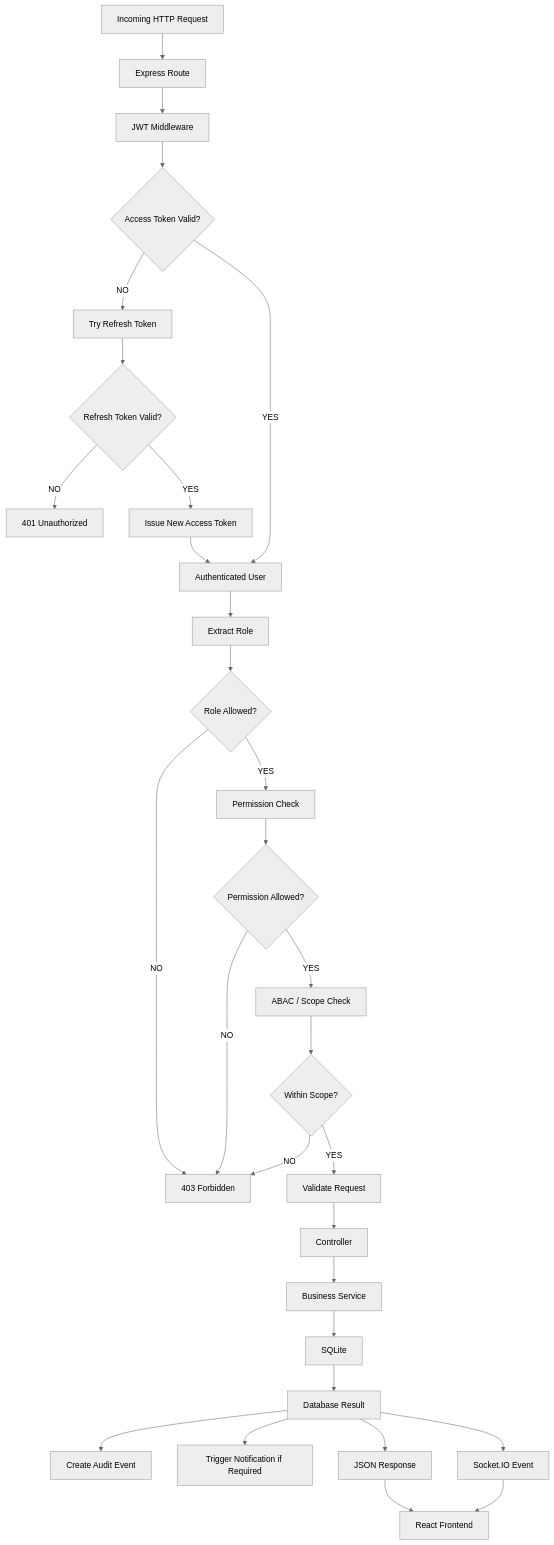
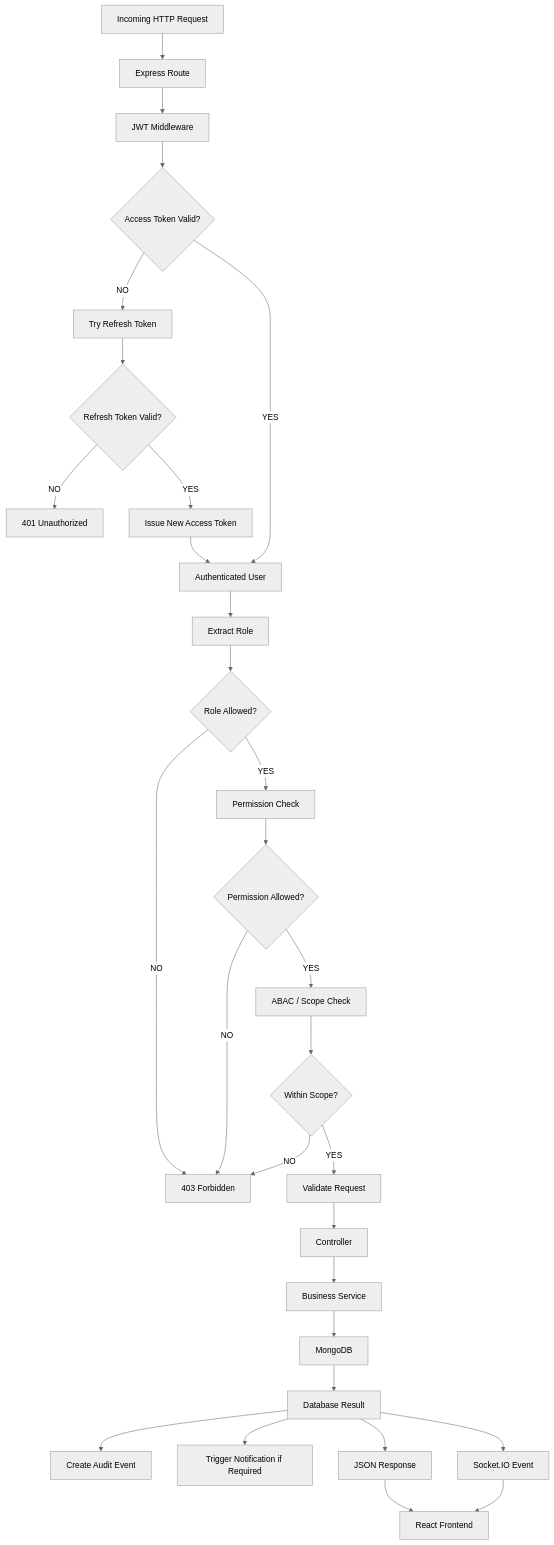
One commit to maheswari-pinneti/WFA-Rolebased-Architecture changed the diagram in docs/flowcharts/02-backend-api-flow.md. Above: the diagram before and after it, drawn with Mermaid (neutral theme). The commit also changed 18 other files, not shown here.

Commit message:
docs and architecture added

````diff
--- a/docs/flowcharts/02-backend-api-flow.md
+++ b/docs/flowcharts/02-backend-api-flow.md
@@ -5,42 +5,42 @@
 ```mermaid
 flowchart TD
     REQUEST["Incoming HTTP Request"] --> ROUTE["Express Route"]
     ROUTE --> JWT["JWT Middleware"]
     
     JWT --> TOKEN_VALID{"Access Token Valid?"}
     TOKEN_VALID -->|NO| REFRESH["Try Refresh Token"]
     REFRESH --> REFRESH_VALID{"Refresh Token Valid?"}
     REFRESH_VALID -->|NO| UNAUTHORIZED["401 Unauthorized"]
     REFRESH_VALID -->|YES| NEW_TOKEN["Issue New Access Token"]
     NEW_TOKEN --> AUTH_USER["Authenticated User"]
     
     TOKEN_VALID -->|YES| AUTH_USER
     
     AUTH_USER --> ROLE["Extract Role"]
     ROLE --> ROLE_CHECK{"Role Allowed?"}
     
     ROLE_CHECK -->|NO| FORBIDDEN["403 Forbidden"]
     ROLE_CHECK -->|YES| PERMISSION["Permission Check"]
     
     PERMISSION --> PERMISSION_CHECK{"Permission Allowed?"}
     PERMISSION_CHECK -->|NO| FORBIDDEN
     PERMISSION_CHECK -->|YES| SCOPE["ABAC / Scope Check"]
     
     SCOPE --> SCOPE_CHECK{"Within Scope?"}
     SCOPE_CHECK -->|NO| FORBIDDEN
     SCOPE_CHECK -->|YES| VALIDATE["Validate Request"]
     
     VALIDATE --> CONTROLLER["Controller"]
     CONTROLLER --> SERVICE["Business Service"]
-    SERVICE --> DB["SQLite"]
+    SERVICE --> DB["MongoDB"]
     
     DB --> RESULT["Database Result"]
     
     RESULT --> AUDIT["Create Audit Event"]
     RESULT --> NOTIFY["Trigger Notification if Required"]
     RESULT --> SOCKET["Socket.IO Event"]
     RESULT --> RESPONSE["JSON Response"]
     
     RESPONSE --> CLIENT["React Frontend"]
     SOCKET --> CLIENT
 ```
````
